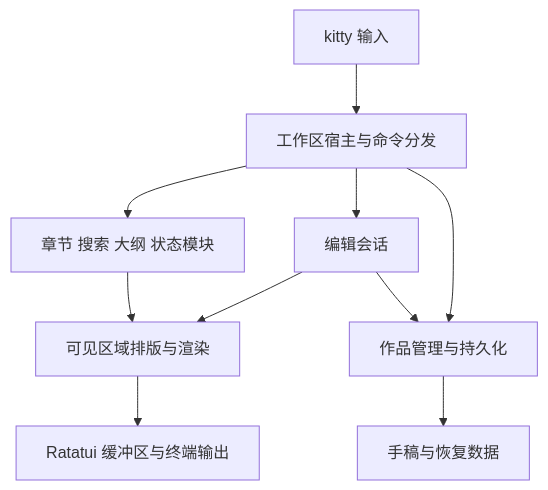
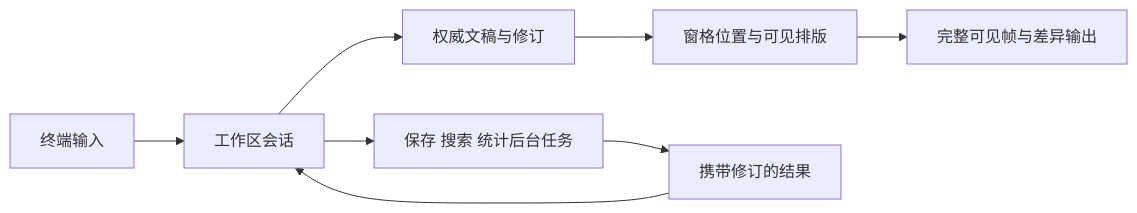
The diagram in docs/design.md (hirovel/novelite-tui), drawn with Mermaid before and after one commit. The commit also changed other lines of this file and 11 other files, not shown here.

````diff
--- a/docs/design.md
+++ b/docs/design.md
@@ -87,12 +101,10 @@
 ```mermaid
-flowchart TD
-    Input[kitty 输入] --> Host[工作区宿主与命令分发]
-    Host --> Editor[编辑会话]
-    Host --> Modules[章节 搜索 大纲 状态模块]
-    Editor --> View[可见区域排版与渲染]
-    Modules --> View
-    Host --> Project[作品管理与持久化]
-    Editor --> Project
-    Project --> Files[手稿与恢复数据]
-    View --> Screen[Ratatui 缓冲区与终端输出]
+flowchart LR
+    Input[终端输入] --> Session[工作区会话]
+    Session --> Document[权威文稿与修订]
+    Document --> Views[窗格位置与可见排版]
+    Views --> Frame[完整可见帧与差异输出]
+    Session --> Jobs[保存 搜索 统计后台任务]
+    Jobs --> Result[携带修订的结果]
+    Result --> Session
 ```
````
